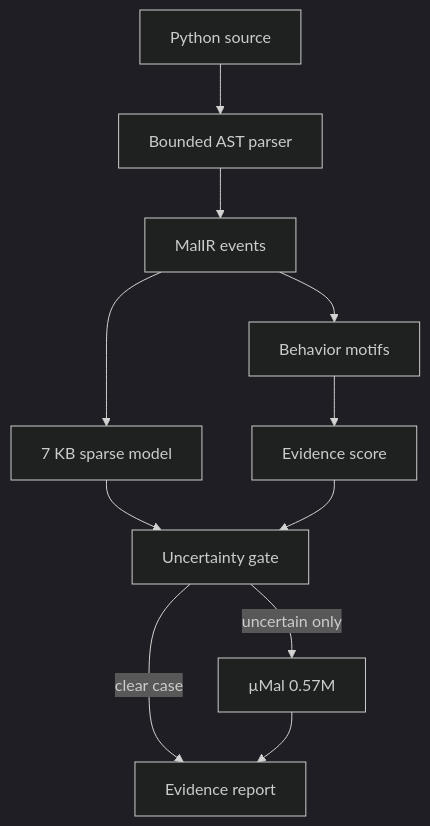
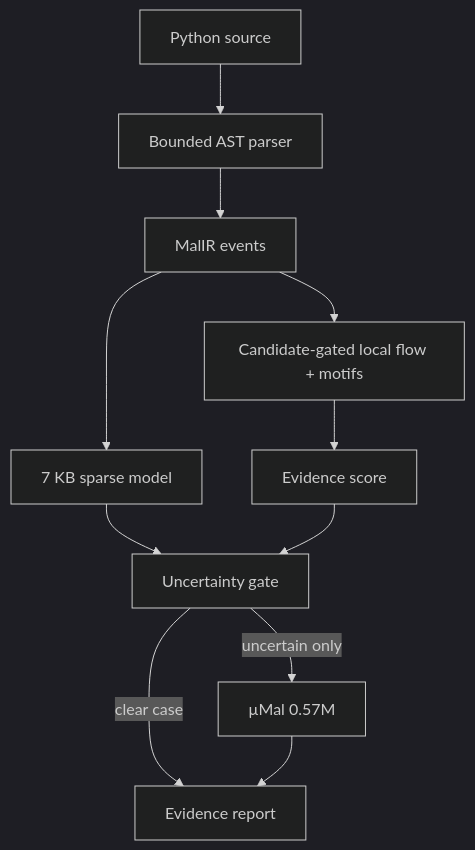
The diagram in README.md (bm-hien/is-this-code-safe), drawn with Mermaid (dark theme) before and after one commit. The commit also changed other lines of this file and 23 other files, not shown here.

Commit message:
feat: add candidate-gated local provenance

```diff
--- a/README.md
+++ b/README.md
@@ -24,13 +24,13 @@
 ~~~mermaid
 flowchart TD
     A["Python source"] --> B["Bounded AST parser"]
     B --> C["MalIR events"]
-    C --> D["Behavior motifs"]
+    C --> D["Candidate-gated local flow + motifs"]
     C --> E["7 KB sparse model"]
     D --> F["Evidence score"]
     E --> G["Uncertainty gate"]
     F --> G
     G -->|uncertain only| H["µMal 0.57M"]
     G -->|clear case| I["Evidence report"]
     H --> I
 ~~~
```
